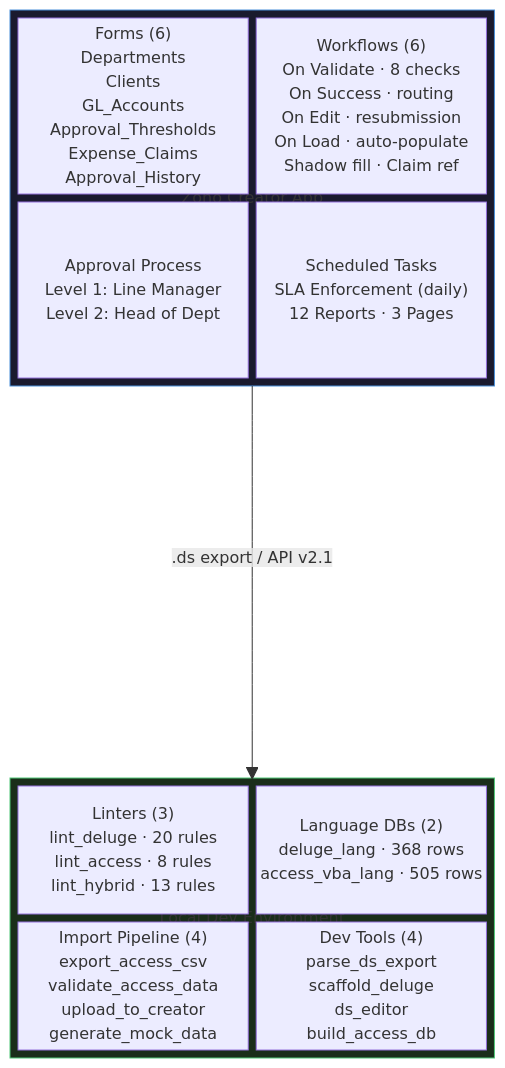
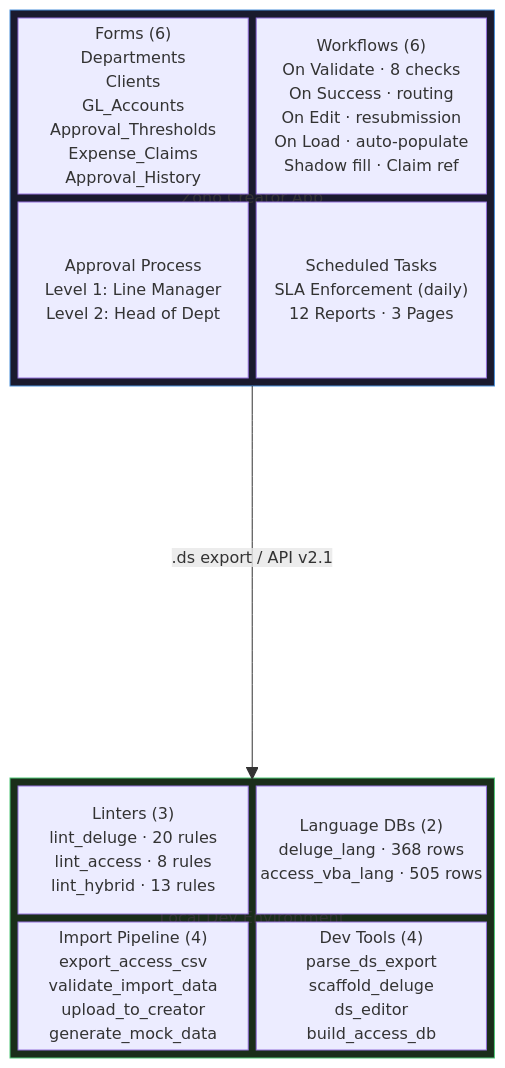
The first of 3 diagrams in README.md (HolgerRGevers/expense_reimbursement_manager), drawn with Mermaid before and after one commit. The commit also changed other lines of this file and 6 other files, not shown here.

````diff
--- a/README.md
+++ b/README.md
@@ -125,27 +125,27 @@
 ```mermaid
 block-beta
     columns 1
 
     block:creator["Zoho Creator App"]
         columns 2
         forms["Forms (6)\nDepartments\nClients\nGL_Accounts\nApproval_Thresholds\nExpense_Claims\nApproval_History"]
         workflows["Workflows (6)\nOn Validate · 8 checks\nOn Success · routing\nOn Edit · resubmission\nOn Load · auto-populate\nShadow fill · Claim ref"]
         approval["Approval Process\nLevel 1: Line Manager\nLevel 2: Head of Dept"]
         scheduled["Scheduled Tasks\nSLA Enforcement (daily)\n12 Reports · 3 Pages"]
     end
 
     space
 
     block:local["Local Dev Environment"]
         columns 2
         linters["Linters (3)\nlint_deluge · 20 rules\nlint_access · 8 rules\nlint_hybrid · 13 rules"]
         databases["Language DBs (2)\ndeluge_lang · 368 rows\naccess_vba_lang · 505 rows"]
-        pipeline["Import Pipeline (4)\nexport_access_csv\nvalidate_access_data\nupload_to_creator\ngenerate_mock_data"]
+        pipeline["Import Pipeline (4)\nexport_access_csv\nvalidate_import_data\nupload_to_creator\ngenerate_mock_data"]
         devtools["Dev Tools (4)\nparse_ds_export\nscaffold_deluge\nds_editor\nbuild_access_db"]
     end
 
     creator -- ".ds export / API v2.1" --> local
 
     style creator fill:#1a1a2e,color:#e0e0e0,stroke:#4a90d9
     style local fill:#1a2e1a,color:#e0e0e0,stroke:#50c878
 ```
````
